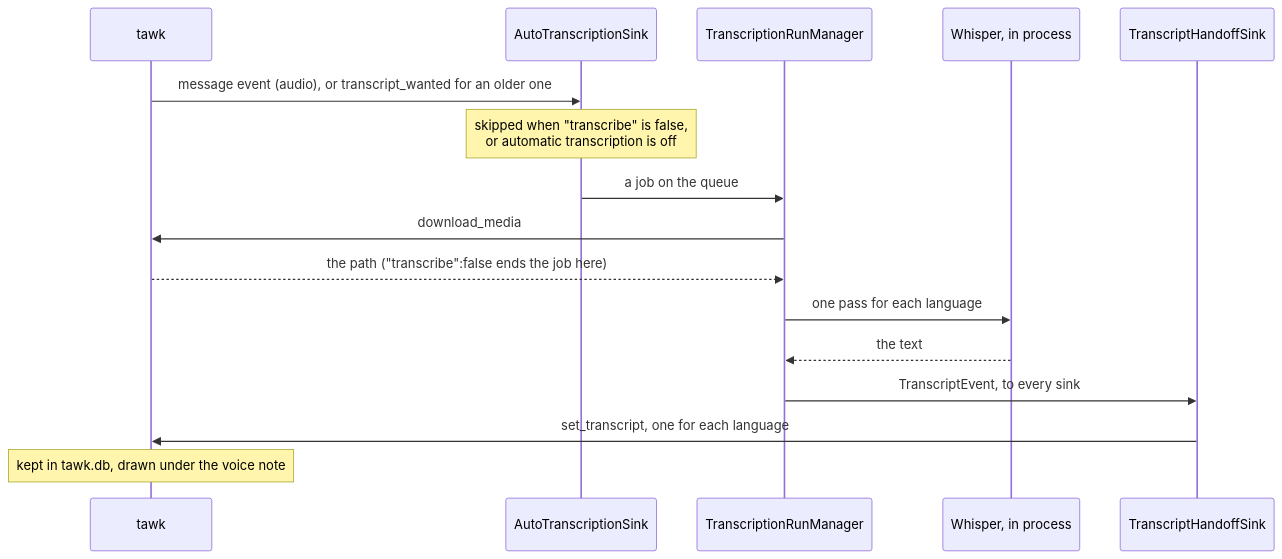
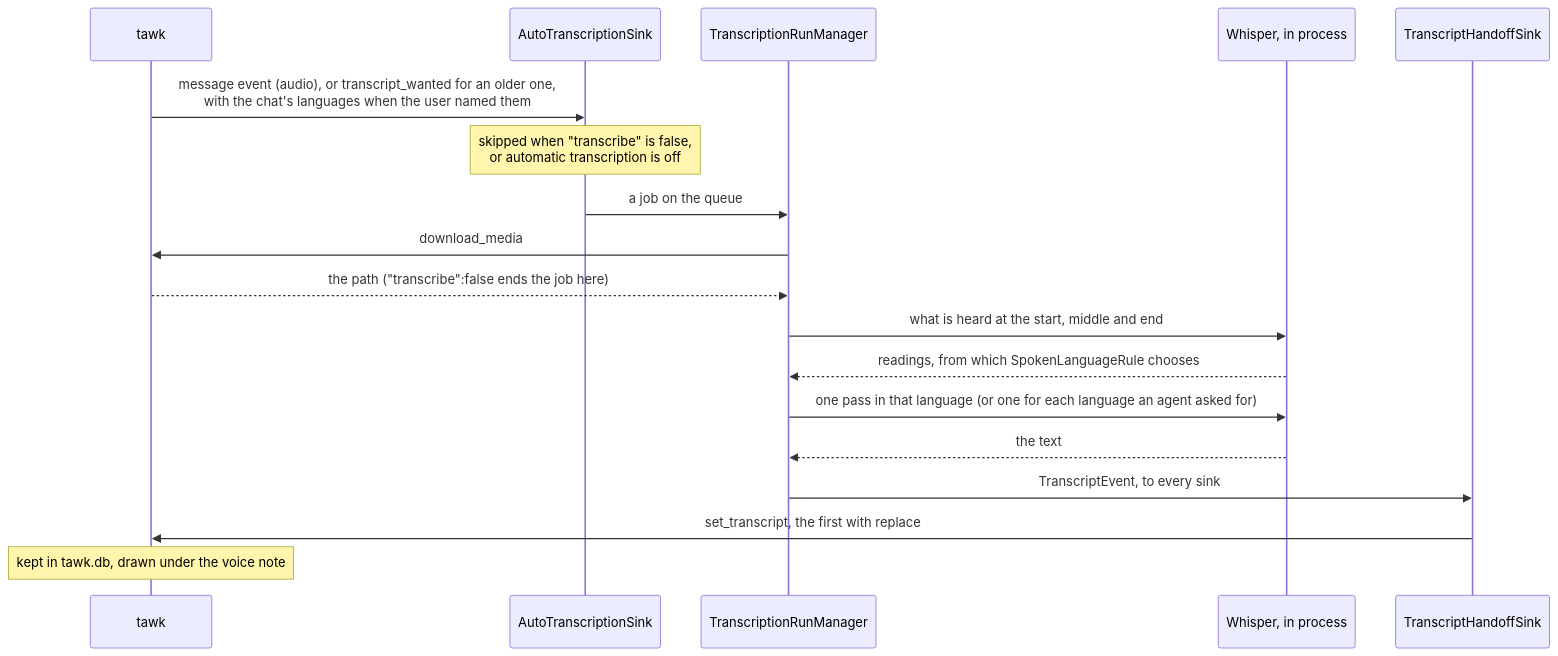
One commit to loganventer/Corvus.Mcp.Server.Tawk changed the eighth of 14 diagrams in HOW_IT_WORKS.md. Above: the diagram before and after it, drawn with Mermaid. The commit also changed 5 other files, not shown here.

First line of the commit message:
Describe how the spoken language is worked out, across the documentation (#19)

````diff
--- a/HOW_IT_WORKS.md
+++ b/HOW_IT_WORKS.md
@@ -246,18 +246,20 @@
 ```mermaid
 sequenceDiagram
     participant T as tawk
     participant S as AutoTranscriptionSink
     participant R as TranscriptionRunManager
     participant W as Whisper, in process
     participant H as TranscriptHandoffSink
-    T->>S: message event (audio), or transcript_wanted for an older one
+    T->>S: message event (audio), or transcript_wanted for an older one,<br/>with the chat's languages when the user named them
     Note over S: skipped when "transcribe" is false,<br/>or automatic transcription is off
     S->>R: a job on the queue
     R->>T: download_media
     T-->>R: the path ("transcribe":false ends the job here)
-    R->>W: one pass for each language
+    R->>W: what is heard at the start, middle and end
+    W-->>R: readings, from which SpokenLanguageRule chooses
+    R->>W: one pass in that language (or one for each language an agent asked for)
     W-->>R: the text
     R->>H: TranscriptEvent, to every sink
-    H->>T: set_transcript, one for each language
+    H->>T: set_transcript, the first with replace
     Note over T: kept in tawk.db, drawn under the voice note
 ```
````
